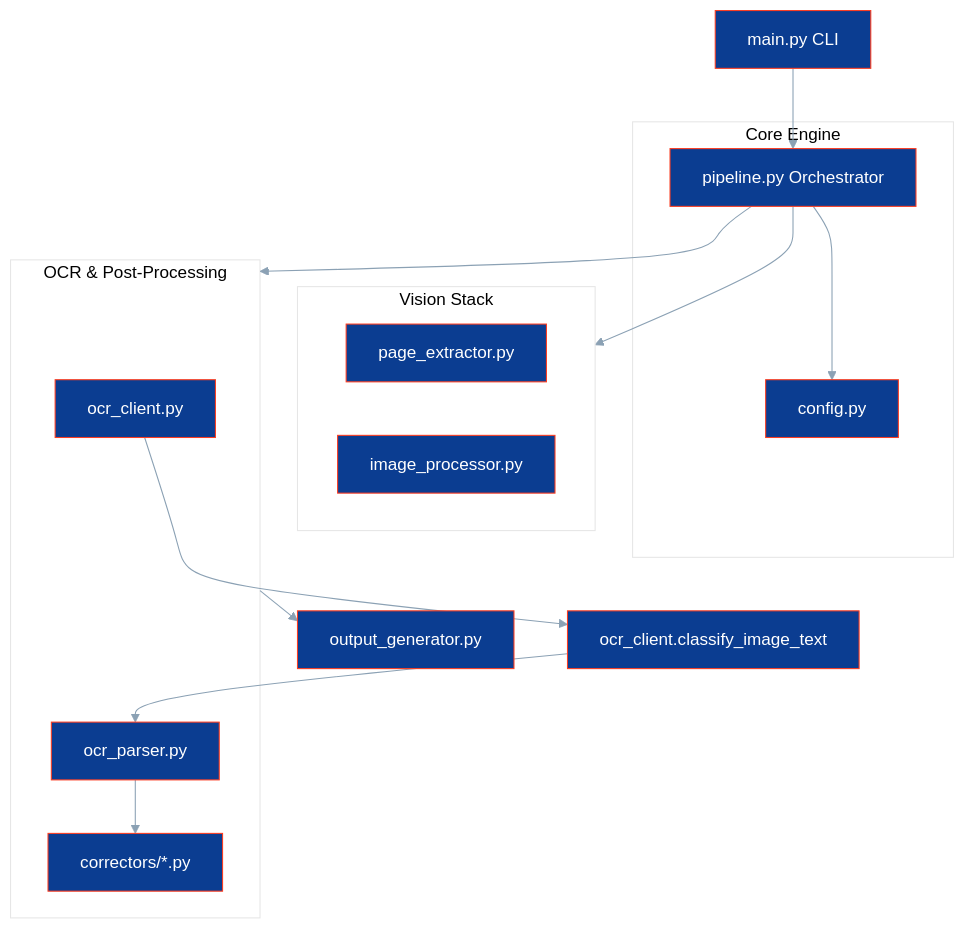
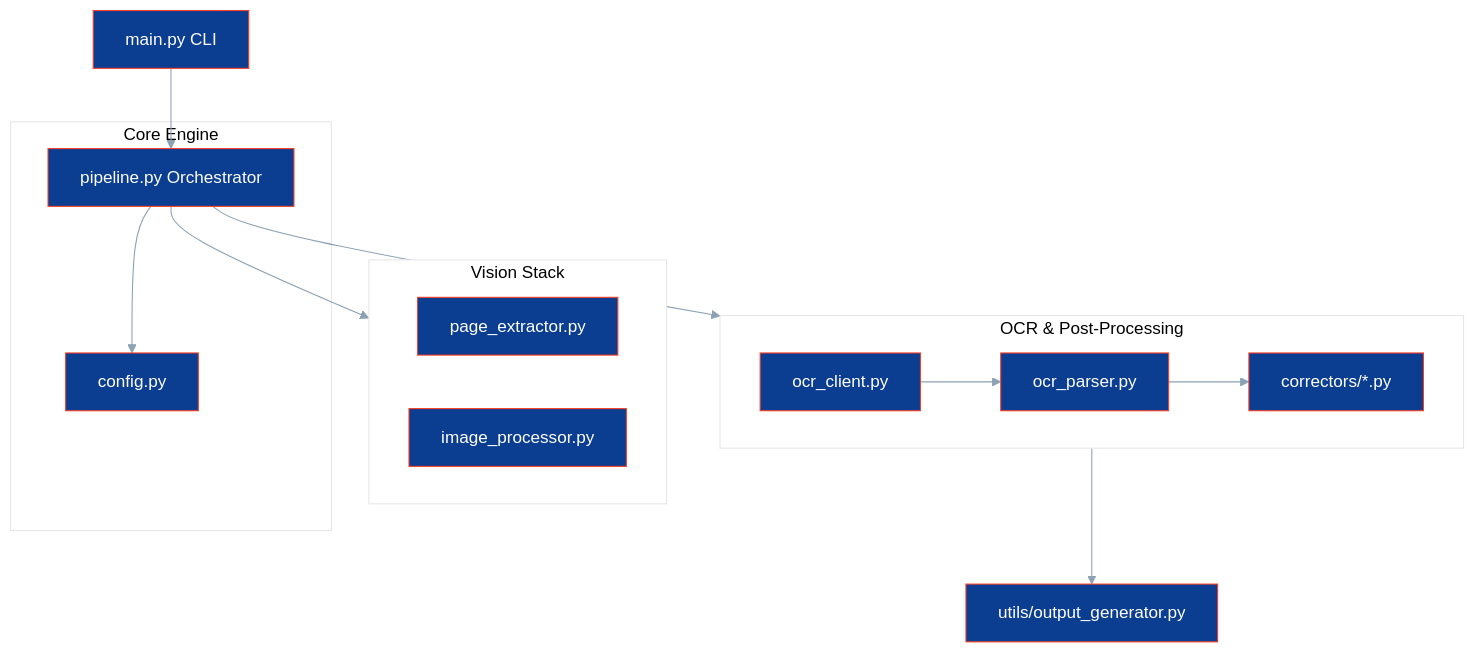
One commit to JeanLouisParent/Nasa-Transcript-Processor changed the diagram in docs/ARCHITECTURE.md. Above: the diagram before and after it, drawn with Mermaid. The commit also changed other lines of this file and 14 other files, not shown here.

````diff
--- a/docs/ARCHITECTURE.md
+++ b/docs/ARCHITECTURE.md
@@ -7,27 +7,26 @@
 ```mermaid
 %%{init: {'theme': 'base', 'themeVariables': { 'primaryColor': '#0B3D91', 'primaryTextColor': '#fff', 'primaryBorderColor': '#FC3D21', 'lineColor': '#8BA1B4', 'secondaryColor': '#8BA1B4', 'tertiaryColor': '#fff'}}}%%
 flowchart TD
     CLI[main.py CLI] --> ORCH[pipeline.py Orchestrator]
     
     subgraph Core[Core Engine]
         ORCH --> CFG[config.py]
     end
 
     subgraph Processors[Vision Stack]
         EXT[page_extractor.py]
         IMG[image_processor.py]
     end
 
     subgraph Intelligence[OCR & Post-Processing]
         CLIENT[ocr_client.py]
         PARSER[ocr_parser.py]
         CORR[correctors/*.py]
     end
 
     ORCH --> Processors
     ORCH --> Intelligence
     PARSER --> CORR
-    Intelligence --> OUT[output_generator.py]
-    CLIENT --> CLASS["ocr_client.classify_image_text"]
-    CLASS --> PARSER
+    Intelligence --> OUT[utils/output_generator.py]
+    CLIENT --> PARSER
 ```
````
